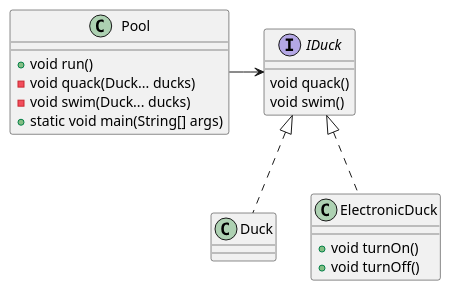
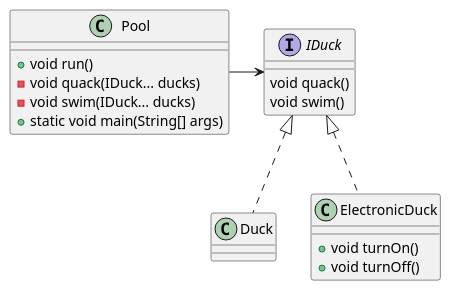
The diagram in LSP/src/com/directi/training/lsp/exercise/diag.puml (YassineRaboudi007/Solid-Principles), drawn with PlantUML before and after one commit. The commit also changed 3 other files, not shown here.

```diff
--- a/LSP/src/com/directi/training/lsp/exercise/diag.puml
+++ b/LSP/src/com/directi/training/lsp/exercise/diag.puml
@@ -1,24 +1,24 @@
 @startuml
 class Pool{
     + void run()
-    - void quack(Duck... ducks)
-    - void swim(Duck... ducks)
+    - void quack(IDuck... ducks)
+    - void swim(IDuck... ducks)
     + static void main(String[] args)
 }
 
 interface IDuck
 {
     void quack()
     void swim()
 }
 
 class Duck implements IDuck{}
 
 class ElectronicDuck implements IDuck
 {
     + void turnOn()
     + void turnOff()
 }
 
 Pool -> IDuck
 @enduml
```
